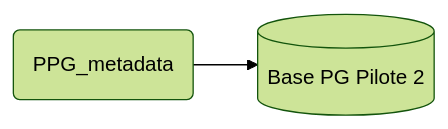
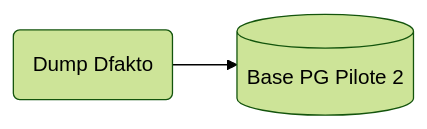
Before and after one commit to DITP-pilotage/pilote-2: the third of 4 diagrams in data/README.md, drawn with Mermaid (forest theme). The commit also changed other lines of this file and 1 other file, not shown here.

Commit message:
refactor: ajout des 29 perimetres dans le csv open_data perimetre et maj schema d'archi (94)

````diff
--- a/data/README.md
+++ b/data/README.md
@@ -194,4 +197,4 @@
 ``` mermaid
 graph LR
-PM(PPG_metadata) --> PG[(Base PG Pilote 2)]
+DFAK(Dump Dfakto) --> | | PG[(Base PG Pilote 2)]
 ```
````
